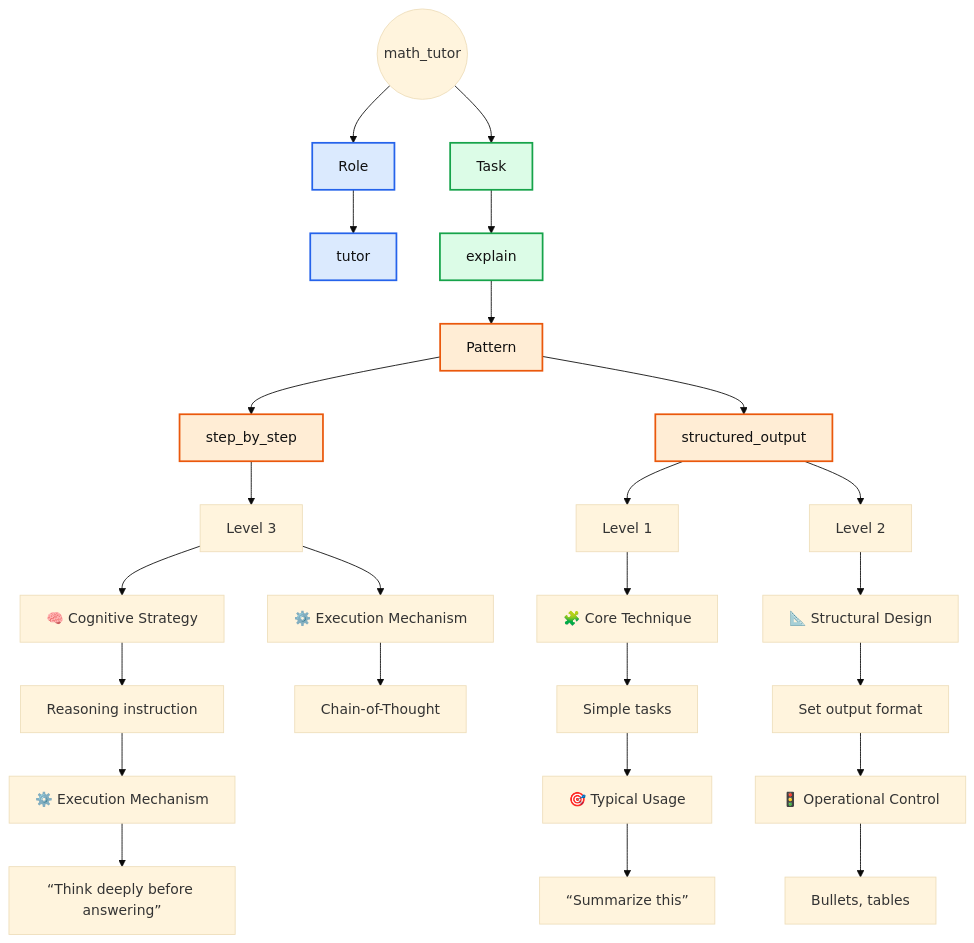
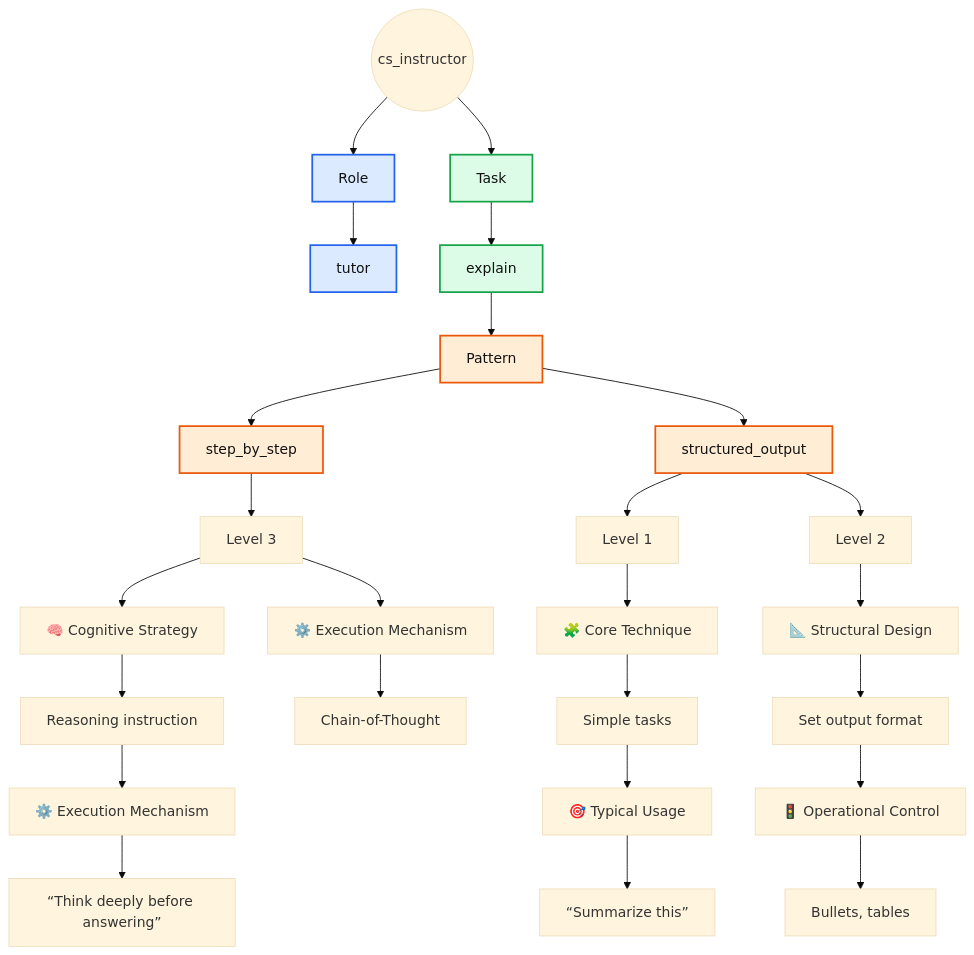
One commit to perfectCoder-dev/Ai-promt-en changed the second of 3 diagrams in docs/prompts/agents/default_agents.md. Above: the diagram before and after it, drawn with Mermaid (base theme). The commit also changed other lines of this file and 4 other files, not shown here.

Commit message:
Create default agents documentation with tables, flowcharts and usage examples.

````diff
--- a/docs/prompts/agents/default_agents.md
+++ b/docs/prompts/agents/default_agents.md
@@ -24,45 +131,45 @@
 ```mermaid
 flowchart TD
 
-A((math_tutor))
+A((cs_instructor))
 
 A --> B[Role]
 B --> C[tutor]
 
 A --> D[Task]
 D --> E[explain]
 E --> F[Pattern]
 F --> G[step_by_step]
 G --> H[Level 3]
 H --> I[🧠 Cognitive Strategy]
 I --> J[Reasoning instruction]
 J --> K[⚙️ Execution Mechanism]
 K --> L[“Think deeply before answering”]
 
 H --> M[⚙️ Execution Mechanism]
 M --> N[Chain-of-Thought]
 
 F --> O[structured_output]
 O --> P[Level 1]
 P --> Q[🧩 Core Technique]
 Q --> R[Simple tasks]
 R --> S[🎯 Typical Usage]
 S --> T[“Summarize this”]
 
 O --> U[Level 2]
 U --> V[📐 Structural Design]
 V --> W[Set output format]
 W --> X[🚦 Operational Control]
 X --> Y[Bullets, tables]
 
 %% Color definitions
 classDef role fill:#dbeafe,stroke:#2563eb,stroke-width:2px,color:#111;
 classDef task fill:#dcfce7,stroke:#16a34a,stroke-width:2px,color:#111;
 classDef pattern fill:#ffedd5,stroke:#ea580c,stroke-width:2px,color:#111;
 
 %% Apply colors
 class B,C role
 class D,E task
 class F,G,O pattern
 
 ```
````
